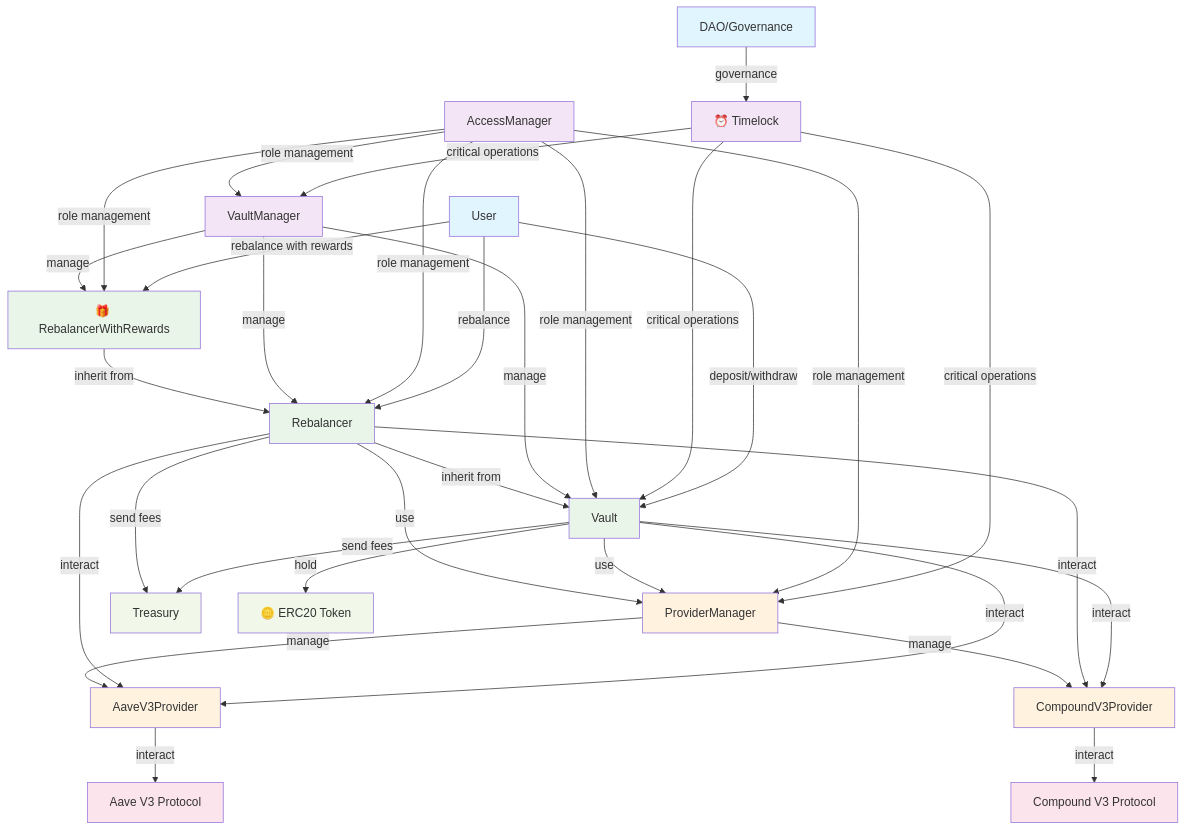
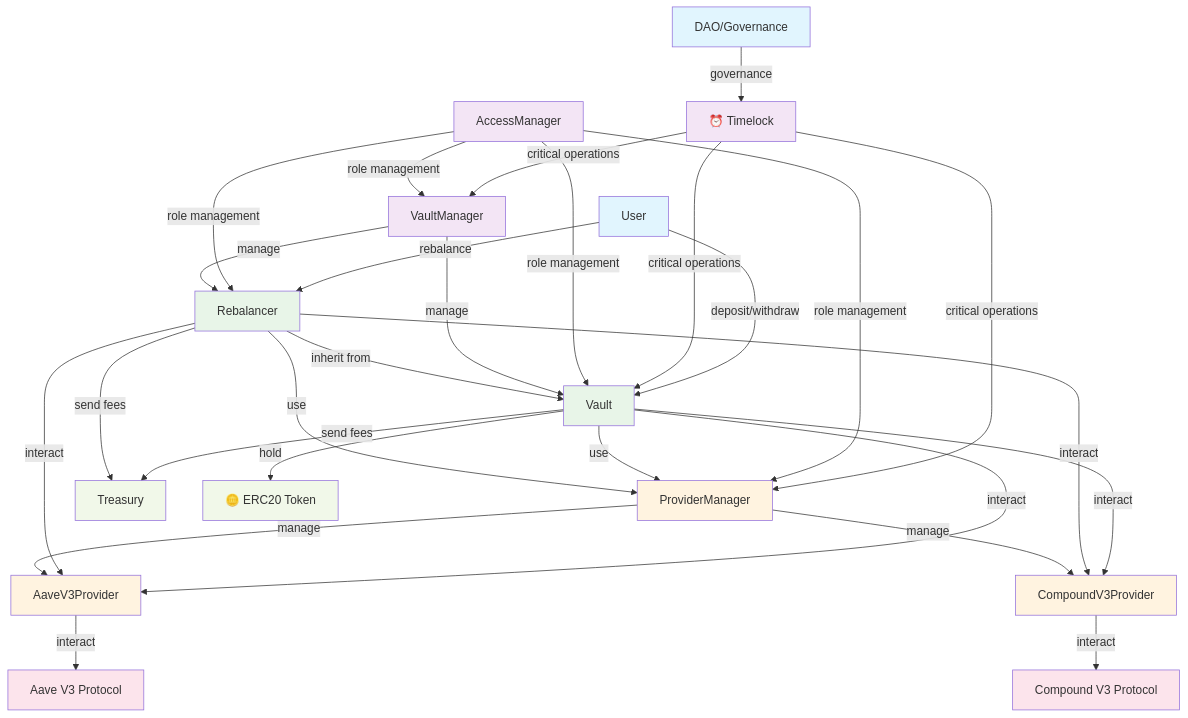
The first of 6 diagrams in docs/shemes/contract-interaction-diagram.md (Thesauros/contracts), drawn with Mermaid before and after one commit. The commit also changed other lines of this file and 5 other files, not shown here.

```diff
--- a/docs/shemes/contract-interaction-diagram.md
+++ b/docs/shemes/contract-interaction-diagram.md
@@ -20,7 +20,6 @@
     %% Vault Contracts
     Vault[  Vault]
     Rebalancer[   Rebalancer]
-    RebalancerWithRewards[🎁 RebalancerWithRewards]
     
     %% Provider Management
     ProviderManager[  ProviderManager]
@@ -40,7 +39,6 @@
     %% User Interactions
     User -->|deposit/withdraw| Vault
     User -->|rebalance| Rebalancer
-    User -->|rebalance with rewards| RebalancerWithRewards
     
     %% Governance Interactions
     DAO -->|governance| Timelock
@@ -51,14 +49,12 @@
     %% Access Control
     AccessManager -->|role management| Vault
     AccessManager -->|role management| Rebalancer
-    AccessManager -->|role management| RebalancerWithRewards
     AccessManager -->|role management| VaultManager
     AccessManager -->|role management| ProviderManager
     
     %% Vault Manager Interactions
     VaultManager -->|manage| Vault
     VaultManager -->|manage| Rebalancer
-    VaultManager -->|manage| RebalancerWithRewards
     
     %% Vault Interactions
     Vault -->|use| ProviderManager
@@ -73,9 +69,6 @@
     Rebalancer -->|interact| AaveV3Provider
     Rebalancer -->|interact| CompoundV3Provider
     Rebalancer -->|send fees| Treasury
-    
-    %% RebalancerWithRewards Interactions
-    RebalancerWithRewards -->|inherit from| Rebalancer
     
     %% Provider Manager
     ProviderManager -->|manage| AaveV3Provider
@@ -95,7 +88,7 @@
     
     class User,DAO userLayer
     class VaultManager,Timelock,AccessManager coreLayer
-    class Vault,Rebalancer,RebalancerWithRewards vaultLayer
+    class Vault,Rebalancer vaultLayer
     class ProviderManager,AaveV3Provider,CompoundV3Provider providerLayer
     class AaveV3,CompoundV3 externalLayer
     class Treasury,ERC20Token treasuryLayer
```
